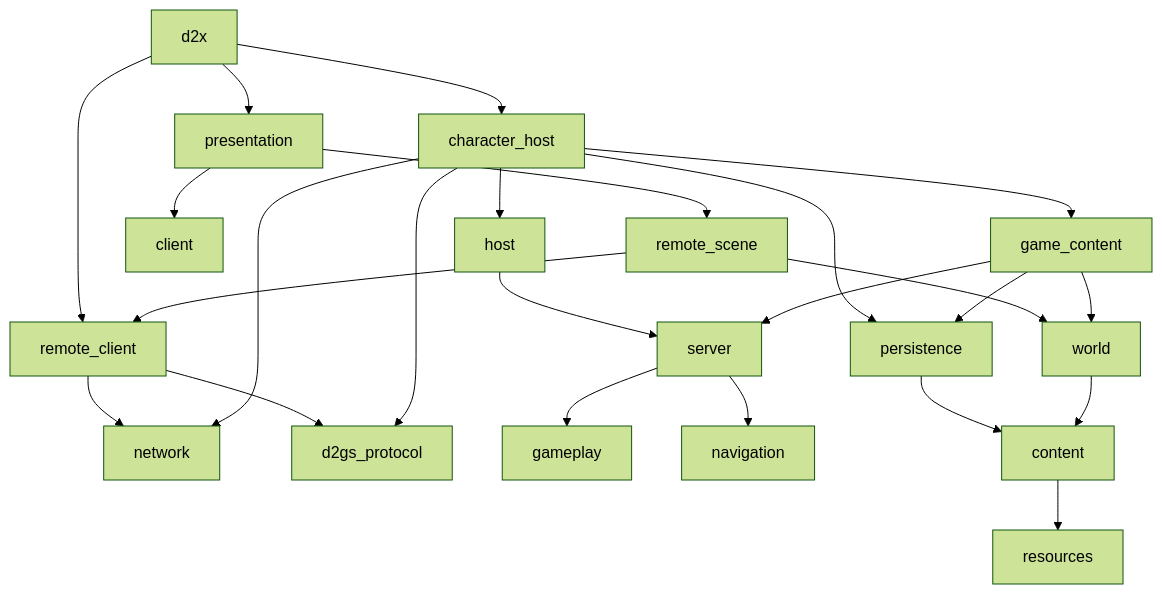
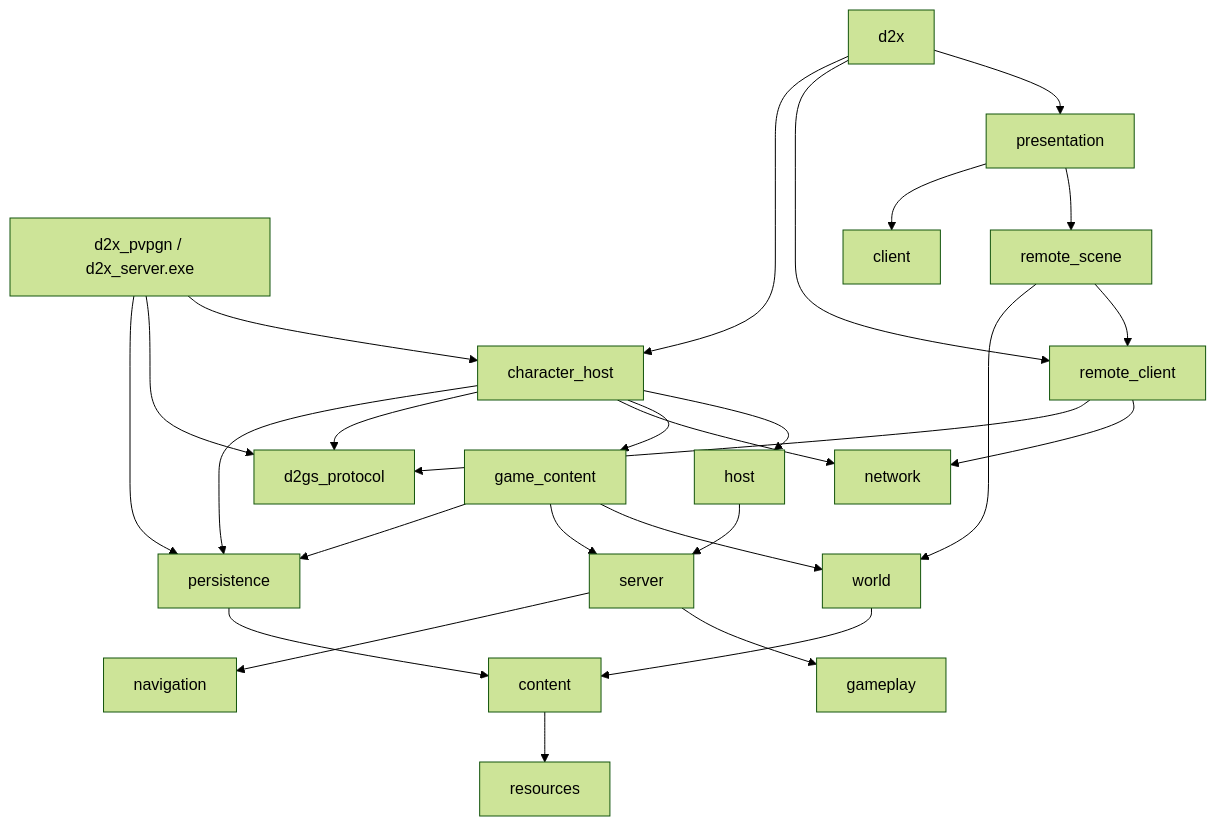
One commit to bombzj/d2x changed the diagram in docs/architecture/OVERVIEW.md. Above: the diagram before and after it, drawn with Mermaid (forest theme). The commit also changed other lines of this file and 30 other files, not shown here.

Commit message:
Add PvPGN game server and smoke-test multiplayer persistence

````diff
--- a/docs/architecture/OVERVIEW.md
+++ b/docs/architecture/OVERVIEW.md
@@ -36,26 +38,29 @@
 ```mermaid
 flowchart TD
     app[d2x] --> presentation
     app --> remote_client
     app --> character_host
+    dedicated["d2x_pvpgn / d2x_server.exe"] --> character_host
+    dedicated --> d2gs_protocol
+    dedicated --> persistence
     presentation --> remote_scene
     presentation --> client
     remote_scene --> remote_client
     remote_scene --> world
     remote_client --> network
     remote_client --> d2gs_protocol
     character_host --> host
     character_host --> game_content
     character_host --> network
     character_host --> d2gs_protocol
     character_host --> persistence
     host --> server
     server --> gameplay
     server --> navigation
     game_content --> world
     game_content --> server
     game_content --> persistence
     persistence --> content
     world --> content
     content --> resources
 ```
````
